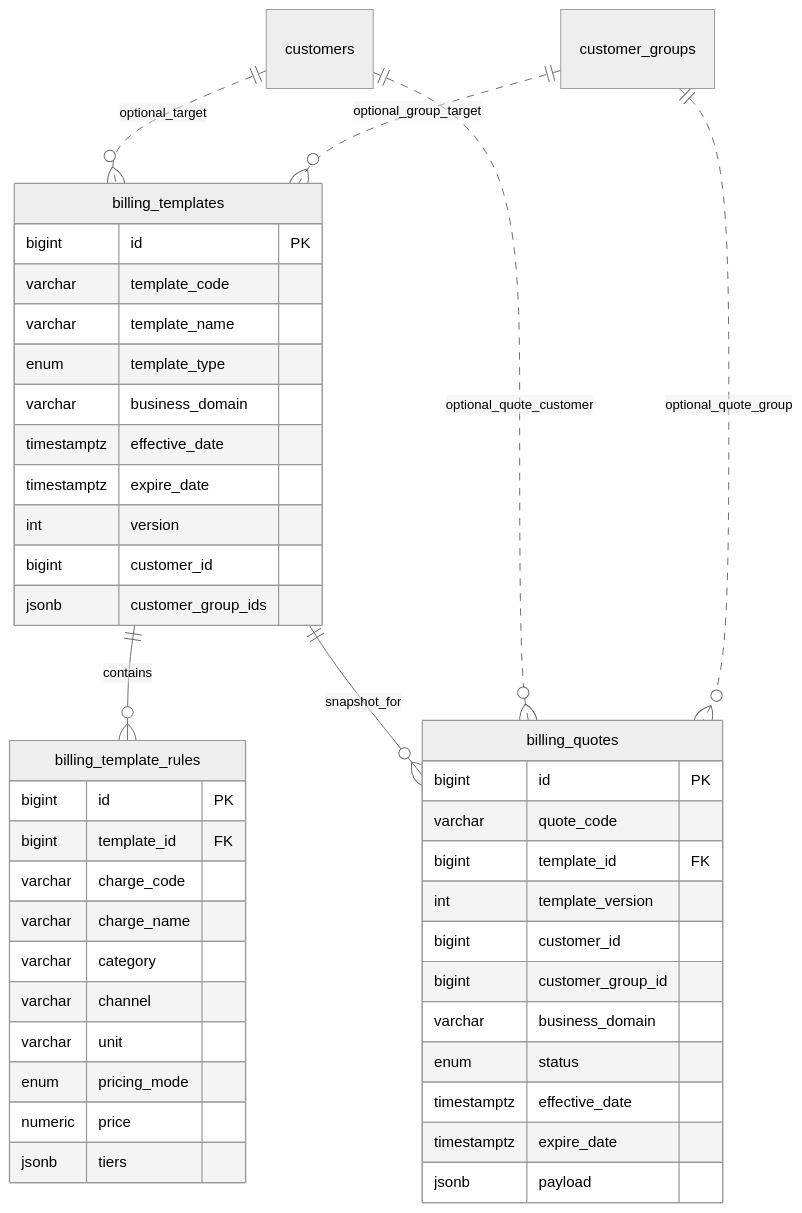
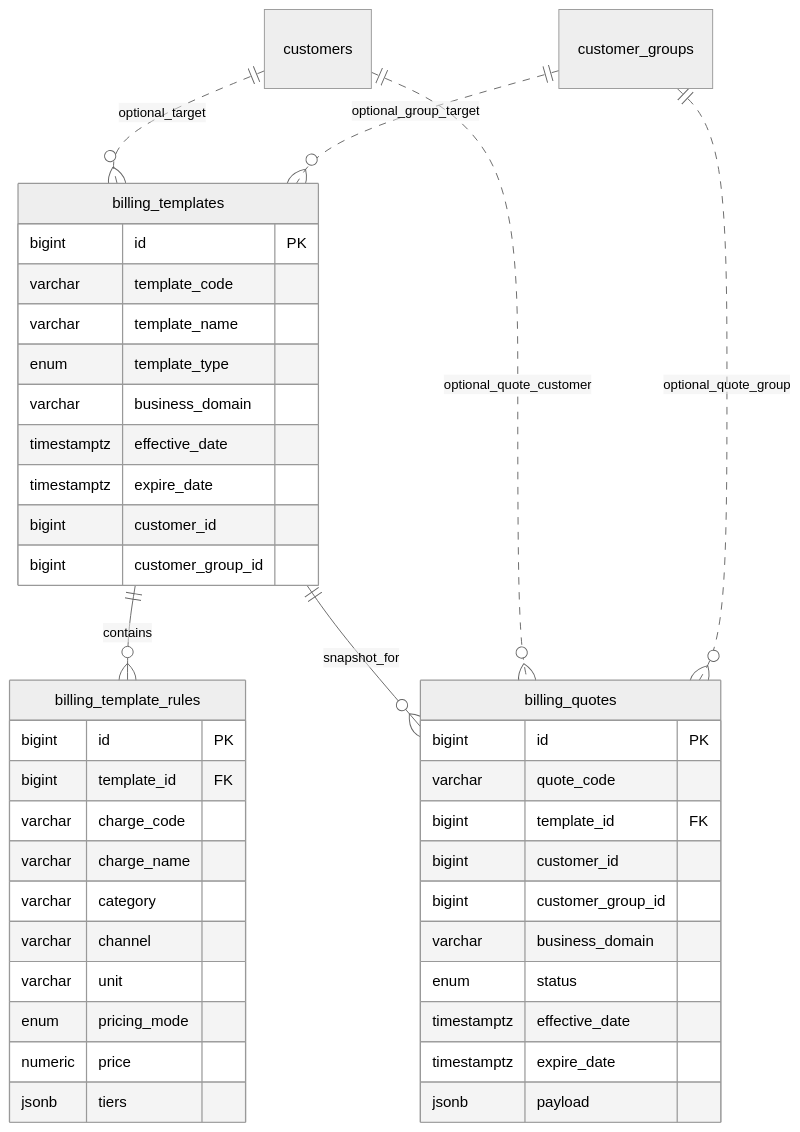
One commit to bplogix/warehouse-billing changed the diagram in backend/docs/billing-backend-dev.md. Above: the diagram before and after it, drawn with Mermaid (neutral theme). The commit also changed other lines of this file and 9 other files, not shown here.

````diff
--- a/backend/docs/billing-backend-dev.md
+++ b/backend/docs/billing-backend-dev.md
@@ -98,47 +94,45 @@
 ```mermaid
 erDiagram
     billing_templates ||--o{ billing_template_rules : contains
     billing_templates ||--o{ billing_quotes : snapshot_for
     customers ||..o{ billing_templates : optional_target
     customer_groups ||..o{ billing_templates : optional_group_target
     customers ||..o{ billing_quotes : optional_quote_customer
     customer_groups ||..o{ billing_quotes : optional_quote_group
 
     billing_templates {
         bigint id PK
         varchar template_code
         varchar template_name
         enum template_type
         varchar business_domain
         timestamptz effective_date
         timestamptz expire_date
-        int version
         bigint customer_id
-        jsonb customer_group_ids
+        bigint customer_group_id
     }
     billing_template_rules {
         bigint id PK
         bigint template_id FK
         varchar charge_code
         varchar charge_name
         varchar category
         varchar channel
         varchar unit
         enum pricing_mode
         numeric price
         jsonb tiers
     }
     billing_quotes {
         bigint id PK
         varchar quote_code
         bigint template_id FK
-        int template_version
         bigint customer_id
         bigint customer_group_id
         varchar business_domain
         enum status
         timestamptz effective_date
         timestamptz expire_date
         jsonb payload
     }
 ```
````
